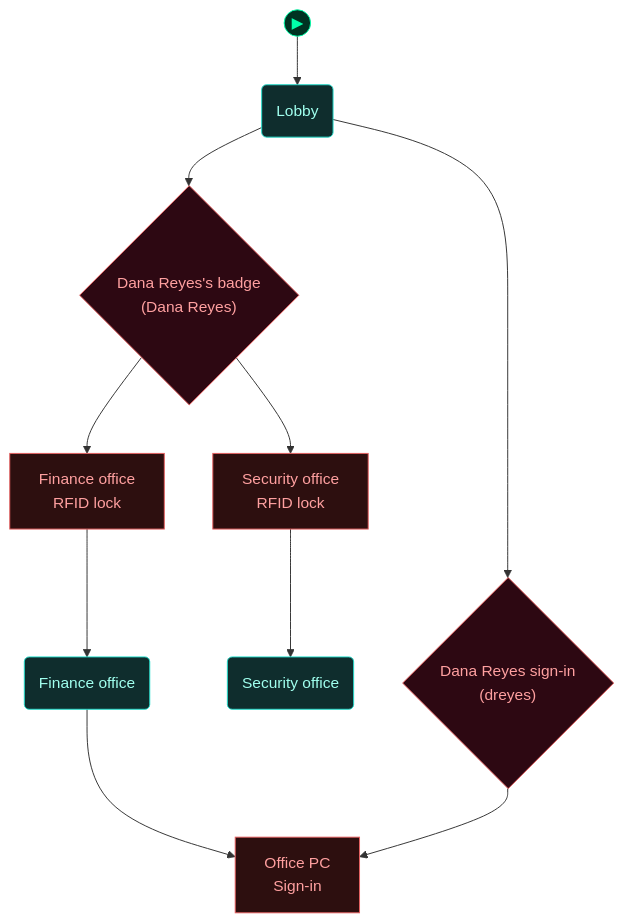
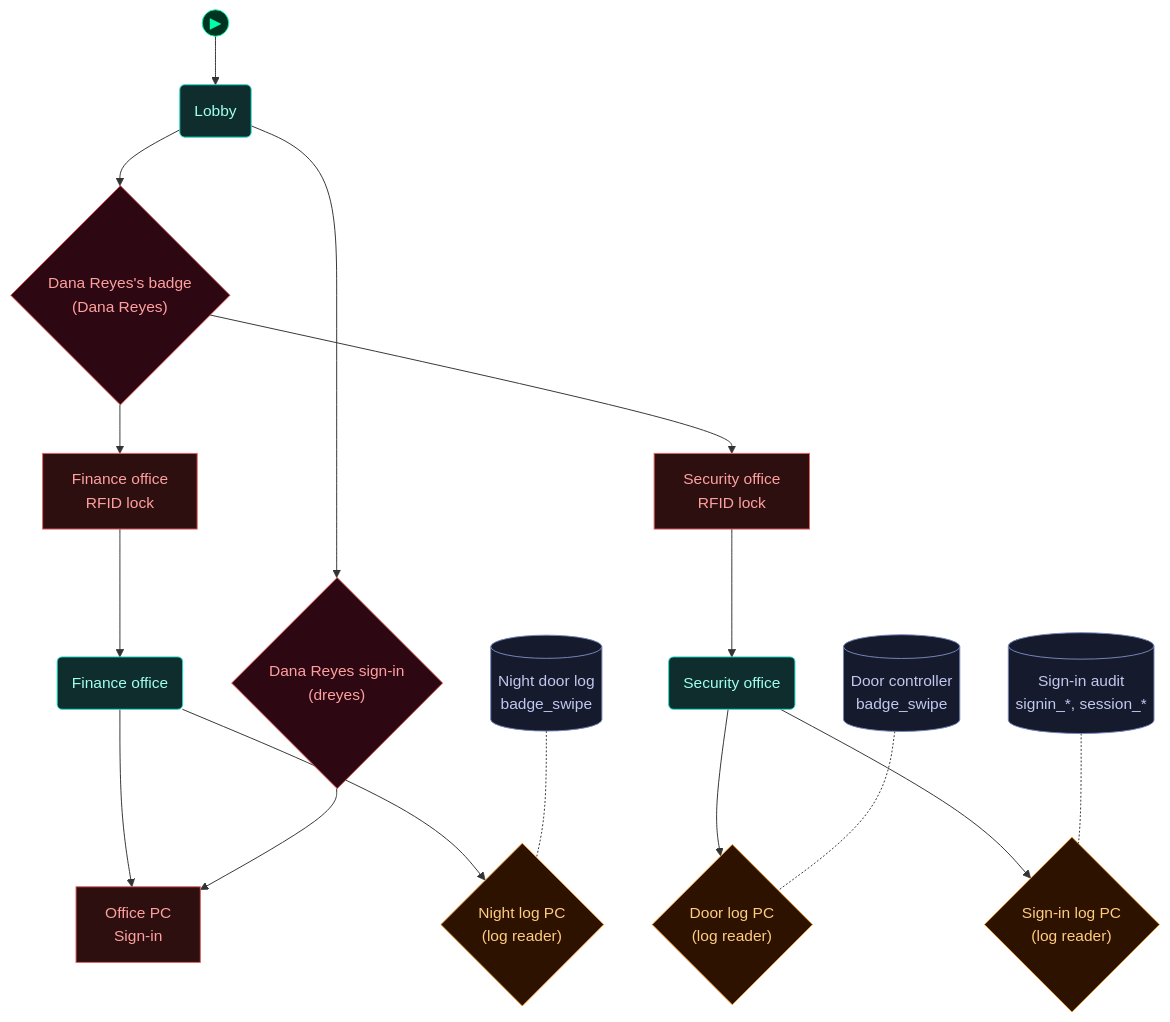
Before and after one commit to cliffe/BreakEscape: the first of 5 diagrams in scenarios/test_ops_logs/dungeon_graph.md, drawn with Mermaid. The commit also changed other lines of this file and 10 other files, not shown here.

Commit message:
Ops log L2b: night log in test_ops_logs (seed rows, a seeded anomaly), PLAYTEST beats 14 to 19, leak-check rules for the anomaly and the flag (with R4-1 and R4-2), scenario and scanner tests, docs (A24 seed rows and anomalies), regenerated graph

````diff
--- a/scenarios/test_ops_logs/dungeon_graph.md
+++ b/scenarios/test_ops_logs/dungeon_graph.md
@@ -53,44 +54,59 @@
 ```mermaid
 flowchart TD
 
   classDef room      fill:#0f2d2d,stroke:#22ddcc,color:#a0ffee
   classDef lock      fill:#2d0f0f,stroke:#e66060,color:#ffa0a0
   classDef key       fill:#2d0812,stroke:#e66060,color:#ffa0a0
   classDef item      fill:#2d1200,stroke:#e89030,color:#ffcc80
   classDef gate      fill:#111,stroke:#666,color:#eee
   classDef vm        fill:#0c1f40,stroke:#4a90d9,color:#a0c8ff
   classDef flag      fill:#1a0c2d,stroke:#9060d0,color:#cc99ff
   classDef action    fill:#1a1200,stroke:#cc9922,color:#ffee88
   classDef aim       fill:#0d2a0d,stroke:#44cc44,color:#88ff88
   classDef aim_gate  fill:#111111,stroke:#44cc44,color:#44cc44
   classDef container fill:#1a2d1a,stroke:#60b060,color:#a0e0a0
   classDef npc       fill:#2d1f0d,stroke:#d0a050,color:#ffe0a0
+  classDef note      fill:#161a2d,stroke:#7788bb,color:#c0c8ee
   classDef critical  fill:#2a1500,stroke:#ffaa00,color:#ffdd88
   classDef start     fill:#003322,stroke:#00ffaa,color:#00ffaa
 
   node_start(("▶"))
   node_start --> lobby
 
   door_office["Finance office<br/>RFID lock"]
   office("Finance office")
   door_security["Security office<br/>RFID lock"]
   security("Security office")
   lock_office_pc["Office PC<br/>Sign-in"]
   card_fin_dana_01{"Dana Reyes's badge<br/>(Dana Reyes)"}
   lobby("Lobby")
   signin_dana{"Dana Reyes sign-in<br/>(dreyes)"}
+  log_door_controller[("Door controller<br/>badge_swipe")]
+  log_signin_audit[("Sign-in audit<br/>signin_*, session_*")]
+  log_night_log[("Night door log<br/>badge_swipe")]
+  reader_night_log_pc{"Night log PC<br/>(log reader)"}
+  reader_door_log_pc{"Door log PC<br/>(log reader)"}
+  reader_signin_log_pc{"Sign-in log PC<br/>(log reader)"}
 
   door_office --> office
   door_security --> security
   office --> lock_office_pc
   lobby --> card_fin_dana_01
   card_fin_dana_01 --> door_office
   card_fin_dana_01 --> door_security
   lobby --> signin_dana
   signin_dana --> lock_office_pc
+  office --> reader_night_log_pc
+  log_night_log -.- reader_night_log_pc
+  security --> reader_door_log_pc
+  log_door_controller -.- reader_door_log_pc
+  security --> reader_signin_log_pc
+  log_signin_audit -.- reader_signin_log_pc
 
   class door_office,door_security,lock_office_pc lock
   class office,security,lobby room
   class card_fin_dana_01,signin_dana key
+  class log_door_controller,log_signin_audit,log_night_log note
+  class reader_night_log_pc,reader_door_log_pc,reader_signin_log_pc item
   class node_start start
 ```
````
